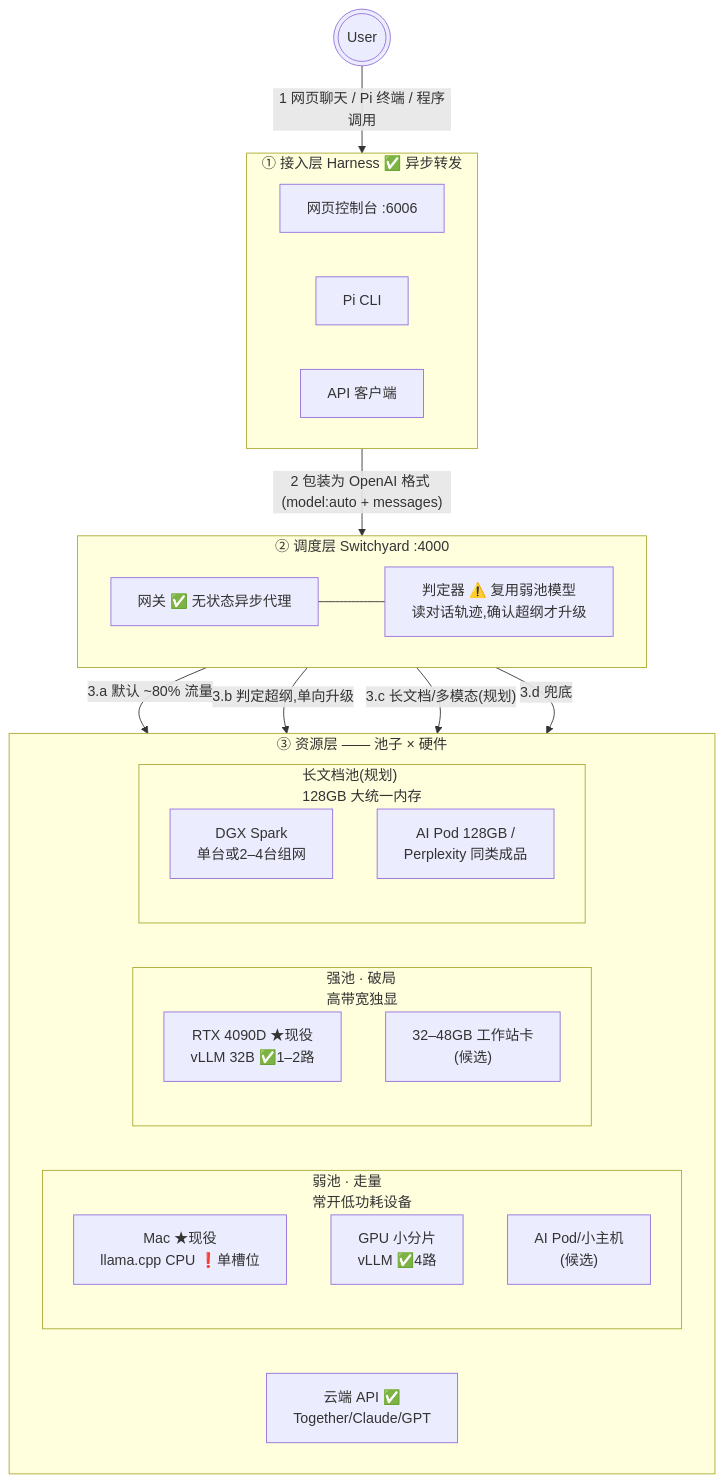
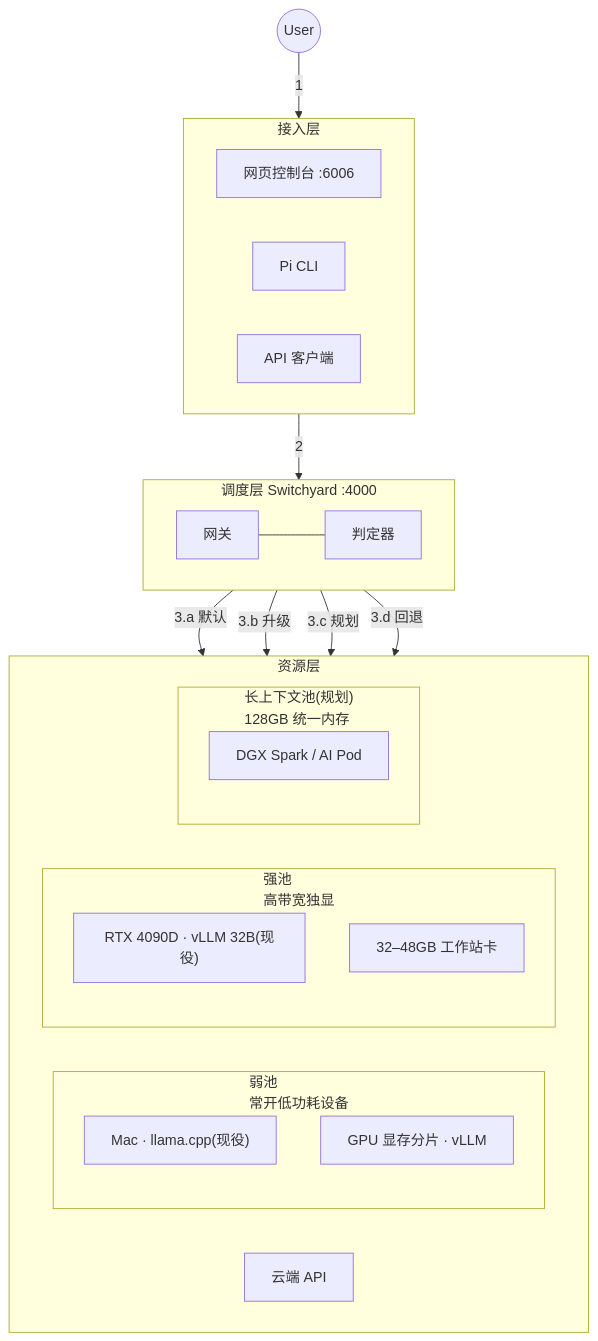
One commit to murphyren225/local_infer changed the diagram in docs/design.md. Above: the diagram before and after it, drawn with Mermaid. The commit also changed other lines of this file, not shown here.

Commit message:
docs(design): 三轮迭代重写为工程规范体—— R1: 去 emoji/营销词,补术语表与非目标节,按 Switchyard 骨架重组第一部分 (概述/生命周期五阶段/硬件映射/并发模型含饱和行为/故障处理/非目标) R2: 清口语化残留,删第三部分与第一部分重复的选型表与并发节 R3: 统一术语(池/判定器),修 L2 等旧分层残留

````diff
--- a/docs/design.md
+++ b/docs/design.md
@@ -28,43 +38,36 @@
 ```mermaid
 flowchart TD
-    U((("User"))) -- "1 网页聊天 / Pi 终端 / 程序调用" --> ACCESS
-
-    subgraph ACCESS["① 接入层 Harness ✅ 异步转发"]
+    U(("User")) -- "1" --> ACCESS
+    subgraph ACCESS["接入层"]
         direction LR
         W1["网页控制台 :6006"]
         W2["Pi CLI"]
         W3["API 客户端"]
     end
-
-    ACCESS -- "2 包装为 OpenAI 格式 (model:auto + messages)" --> G
-
-    subgraph G["② 调度层 Switchyard :4000"]
+    ACCESS -- "2" --> G
+    subgraph G["调度层 Switchyard :4000"]
         direction LR
-        GW["网关 ✅ 无状态异步代理"]
-        JD["判定器 ⚠️ 复用弱池模型<br/>读对话轨迹,确认超纲才升级"]
+        GW["网关"]
+        JD["判定器"]
         GW --- JD
     end
-
-    G -- "3.a 默认 ~80% 流量" --> WPOOL
-    G -- "3.b 判定超纲,单向升级" --> SPOOL
-    G -- "3.c 长文档/多模态(规划)" --> LPOOL
-    G -- "3.d 兜底" --> CL
-
-    subgraph BOTTOM["③ 资源层 —— 池子 × 硬件"]
+    G -- "3.a 默认" --> WPOOL
+    G -- "3.b 升级" --> SPOOL
+    G -- "3.c 规划" --> LPOOL
+    G -- "3.d 回退" --> CL
+    subgraph BOTTOM["资源层"]
         direction LR
-        subgraph WPOOL["弱池 · 走量<br/>常开低功耗设备"]
-            WH1["Mac ★现役<br/>llama.cpp CPU ❗单槽位"]
-            WH2["GPU 小分片<br/>vLLM ✅4路"]
-            WH3["AI Pod/小主机<br/>(候选)"]
+        subgraph WPOOL["弱池<br/>常开低功耗设备"]
+            WH1["Mac · llama.cpp(现役)"]
+            WH2["GPU 显存分片 · vLLM"]
         end
-        subgraph SPOOL["强池 · 破局<br/>高带宽独显"]
-            SH1["RTX 4090D ★现役<br/>vLLM 32B ✅1–2路"]
-            SH2["32–48GB 工作站卡<br/>(候选)"]
+        subgraph SPOOL["强池<br/>高带宽独显"]
+            SH1["RTX 4090D · vLLM 32B(现役)"]
+            SH2["32–48GB 工作站卡"]
         end
-        subgraph LPOOL["长文档池(规划)<br/>128GB 大统一内存"]
-            LH1["DGX Spark<br/>单台或2–4台组网"]
-            LH2["AI Pod 128GB /<br/>Perplexity 同类成品"]
+        subgraph LPOOL["长上下文池(规划)<br/>128GB 统一内存"]
+            LH1["DGX Spark / AI Pod"]
         end
-        CL["云端 API ✅<br/>Together/Claude/GPT"]
+        CL["云端 API"]
     end
 ```
````
